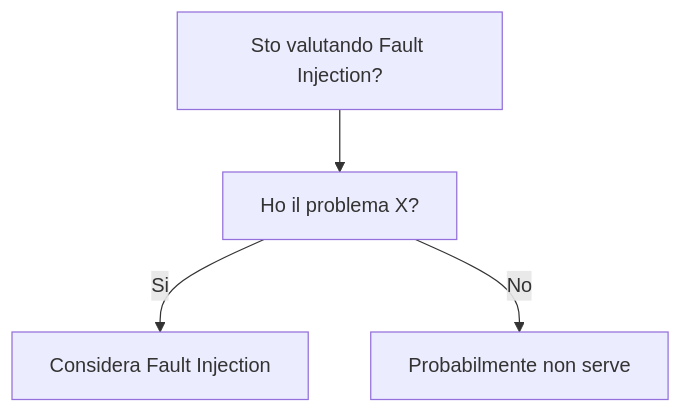
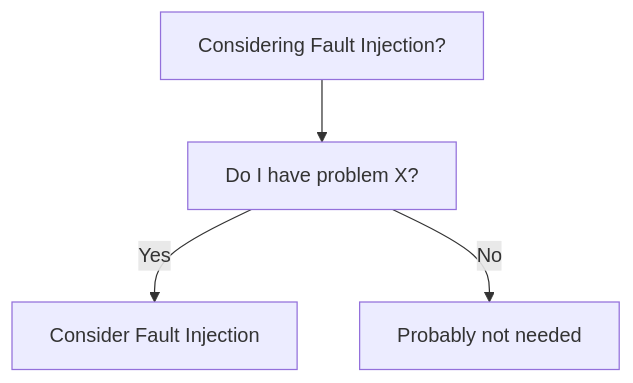
The diagram in dev-wiki/23_Resilience_Engineering/Fault_Injection/When_To_Use.md (HxT9/Software-Dev-Wiki), drawn with Mermaid before and after one commit. The commit also changed other lines of this file and 3444 other files, not shown here.

````diff
--- a/dev-wiki/23_Resilience_Engineering/Fault_Injection/When_To_Use.md
+++ b/dev-wiki/23_Resilience_Engineering/Fault_Injection/When_To_Use.md
@@ -19,6 +19,6 @@
 ```mermaid
 flowchart TD
-  Q[Sto valutando Fault Injection?] --> Q1[Ho il problema X?]
-  Q1 -->|Si| OK[Considera Fault Injection]
-  Q1 -->|No| NO[Probabilmente non serve]
+  Q[Considering Fault Injection?] --> Q1[Do I have problem X?]
+  Q1 -->|Yes| OK[Consider Fault Injection]
+  Q1 -->|No| NO[Probably not needed]
 ```
````
